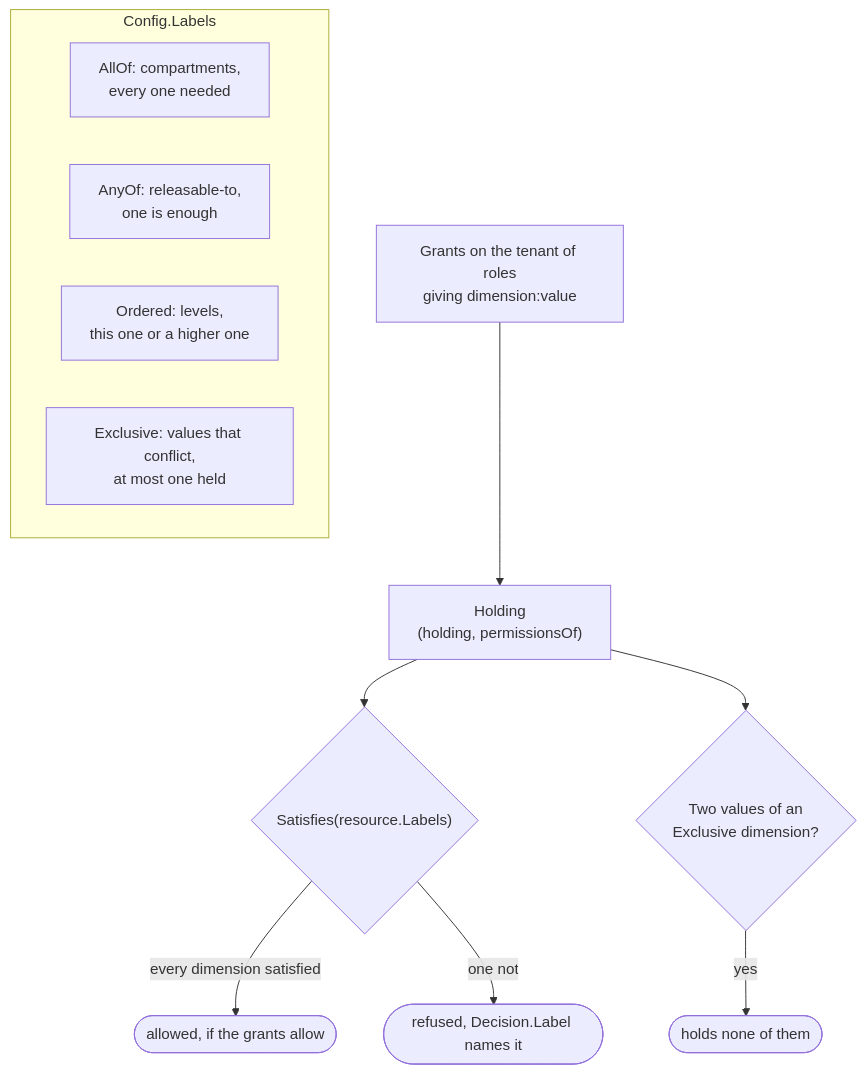
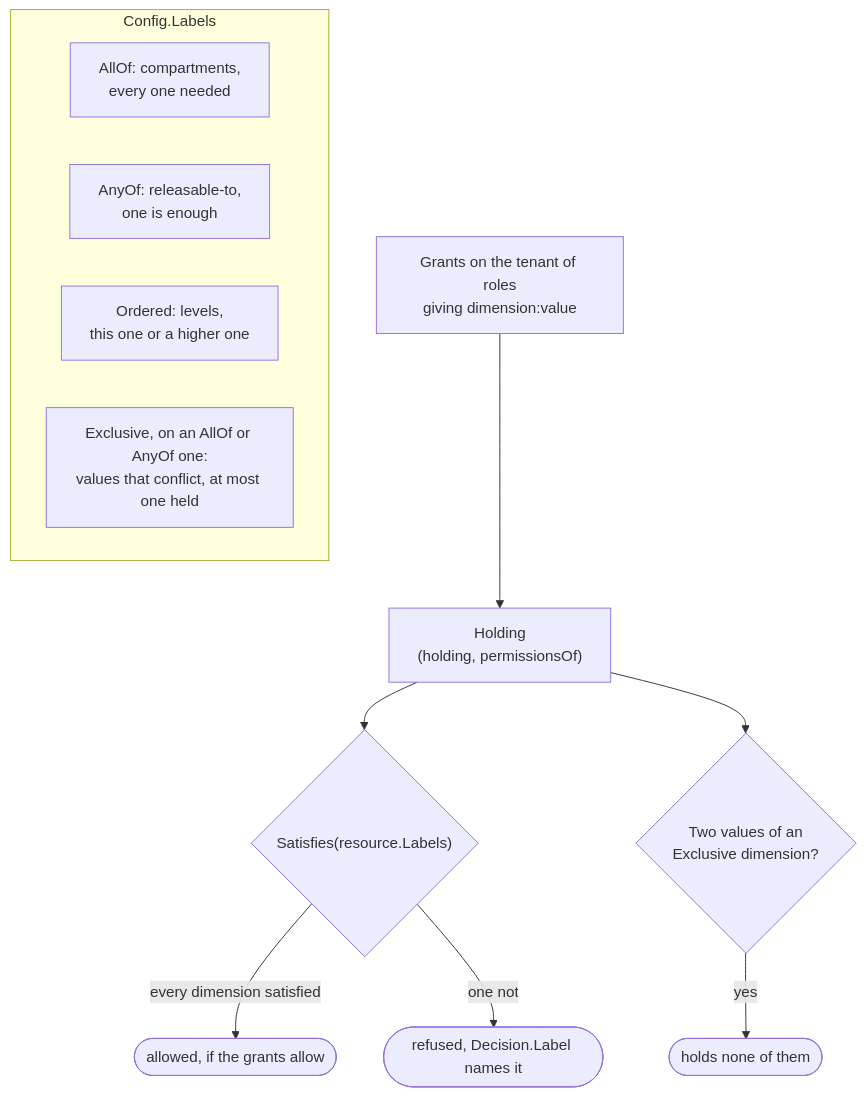
Before and after one commit to parallelworks/rbac: the tenth of 13 diagrams in docs/architecture.md, drawn with Mermaid. The commit also changed other lines of this file, not shown here.

````diff
--- a/docs/architecture.md
+++ b/docs/architecture.md
@@ -415,15 +429,15 @@
 ```mermaid
 flowchart TB
     subgraph dims["Config.Labels"]
         allof["AllOf: compartments,<br/>every one needed"]
         anyof["AnyOf: releasable-to,<br/>one is enough"]
         ordered["Ordered: levels,<br/>this one or a higher one"]
-        excl["Exclusive: values that conflict,<br/>at most one held"]
+        excl["Exclusive, on an AllOf or AnyOf one:<br/>values that conflict, at most one held"]
     end
     grants["Grants on the tenant of roles<br/>giving dimension:value"] --> holding["Holding<br/>(holding, permissionsOf)"]
     holding --> sat{"Satisfies(resource.Labels)"}
     sat -->|"every dimension satisfied"| ok(["allowed, if the grants allow"])
     sat -->|"one not"| no(["refused, Decision.Label names it"])
     holding --> two{"Two values of an<br/>Exclusive dimension?"}
     two -->|yes| none(["holds none of them"])
 ```
````
